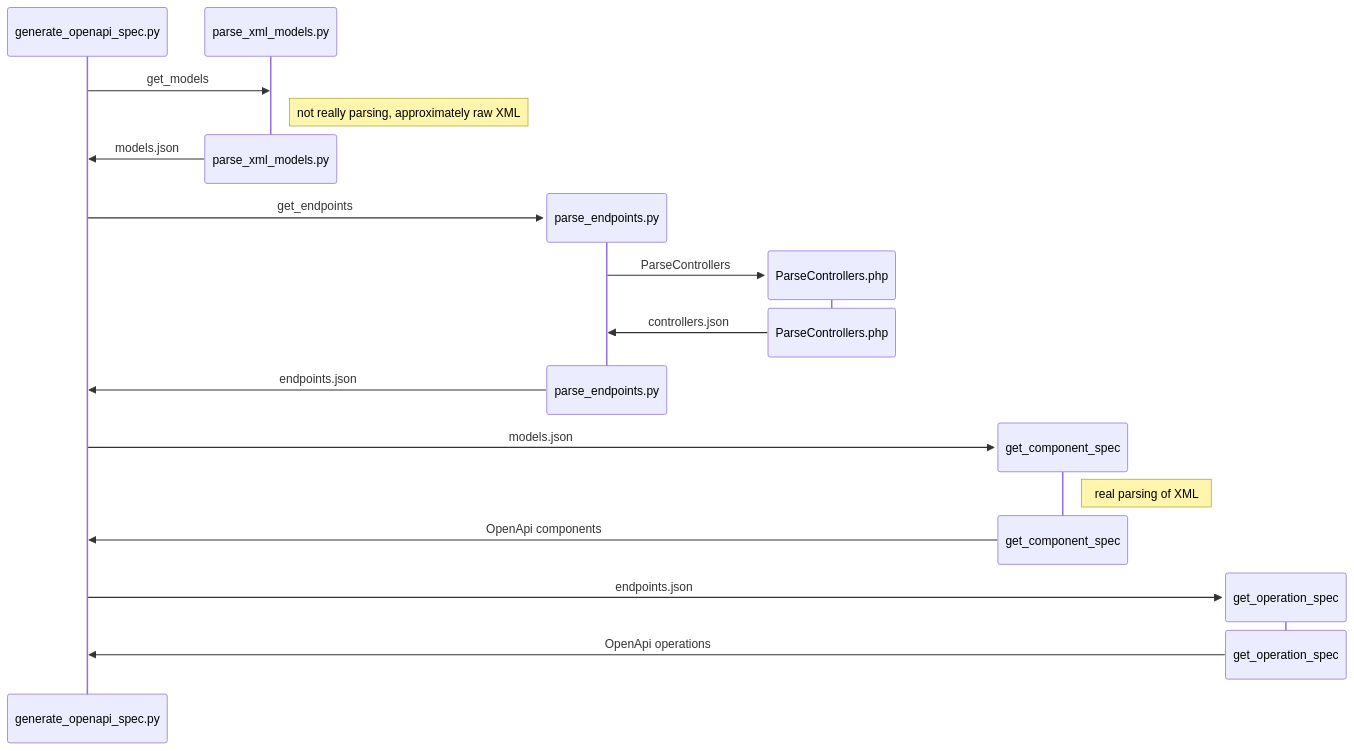
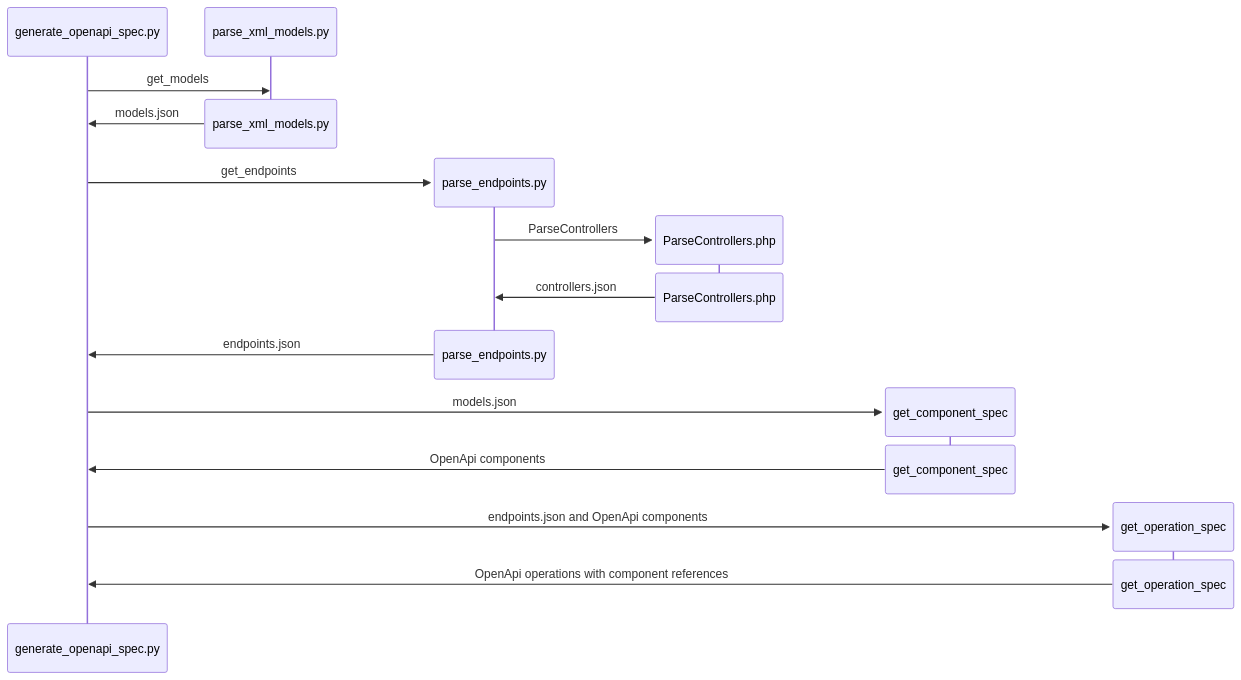
Before and after one commit to fsackur/opnsense_plugins: the diagram in Sequence.md, drawn with Mermaid. The commit also changed other lines of this file, not shown here.

````diff
--- a/Sequence.md
+++ b/Sequence.md
@@ -3,29 +38,30 @@
 ```mermaid
 sequenceDiagram
     participant g as generate_openapi_spec.py
     participant x as parse_xml_models.py
     g->>x: get_models
-    note right of x: not really parsing, approximately raw XML
+    %% note right of x: not really parsing, approximately raw XML
     destroy x
     x->>g: models.json
 
     create participant e as parse_endpoints.py
     g->>e: get_endpoints
     create participant php as ParseControllers.php
     e->>php: ParseControllers
+    %% note right of php: foo
     destroy php
     php->>e: controllers.json
     destroy e
     e->>g: endpoints.json
 
     create participant get_component_spec
     g->>get_component_spec: models.json
-    note right of get_component_spec: real parsing of XML
+    %% note right of get_component_spec: real parsing of XML
     destroy get_component_spec
     get_component_spec->>g: OpenApi components
 
     create participant get_operation_spec
-    g->>get_operation_spec: endpoints.json
+    g->>get_operation_spec: endpoints.json and OpenApi components
     destroy get_operation_spec
-    get_operation_spec->>g: OpenApi operations
+    get_operation_spec->>g: OpenApi operations with component references
 ```
````
